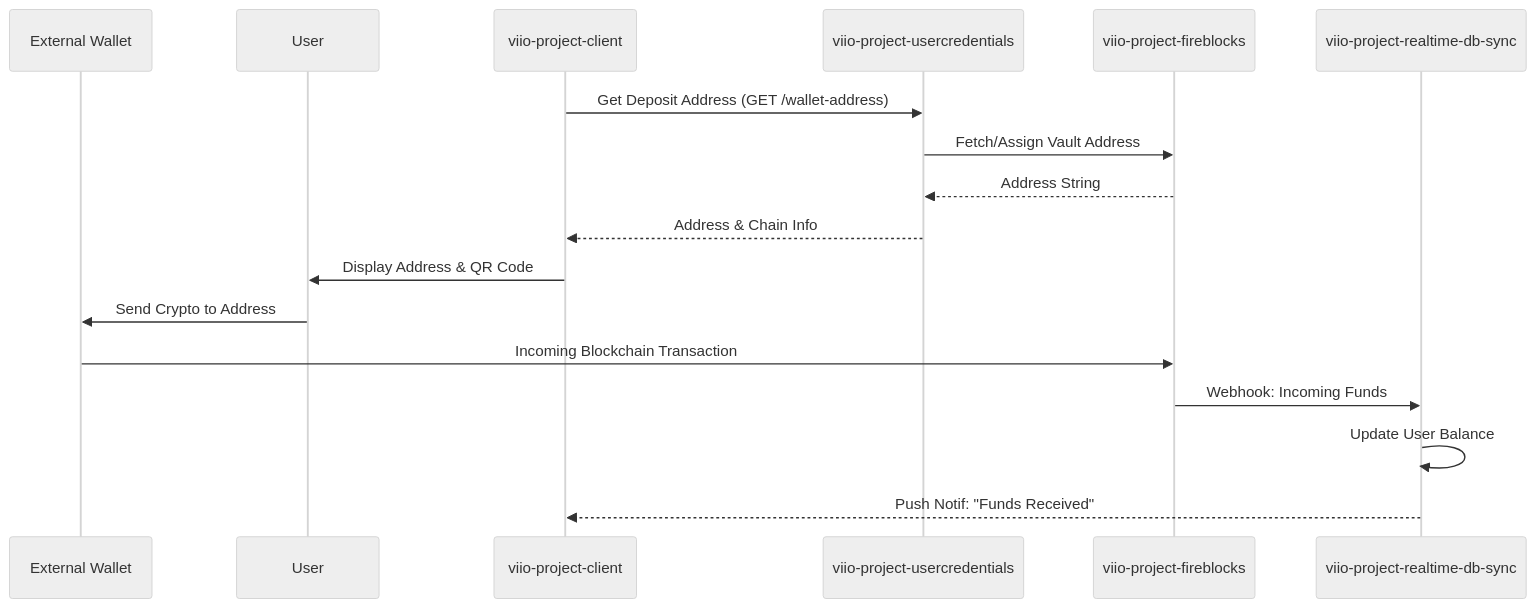
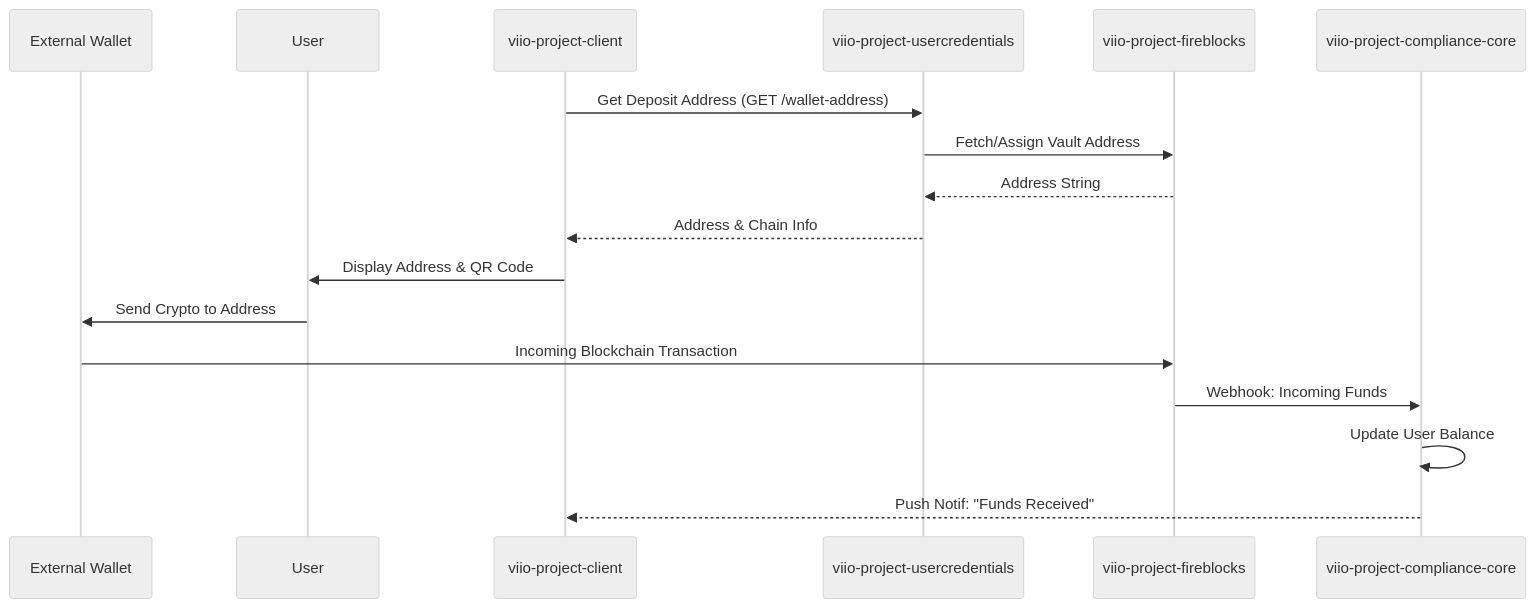
The diagram in receive_crypto/README.md (ITRMachines/viio_poc), drawn with Mermaid (neutral theme) before and after one commit. The commit also changed other lines of this file and 11 other files, not shown here.

````diff
--- a/receive_crypto/README.md
+++ b/receive_crypto/README.md
@@ -23,22 +23,22 @@
 ```mermaid
 sequenceDiagram
     participant ExtWallet as External Wallet
     participant User
     participant Client as viio-project-client
     participant UserSvc as viio-project-usercredentials
     participant Fireblocks as viio-project-fireblocks
-    participant SyncSvc as viio-project-realtime-db-sync
+    participant SyncSvc as viio-project-compliance-core
 
     Client->>UserSvc: Get Deposit Address (GET /wallet-address)
     UserSvc->>Fireblocks: Fetch/Assign Vault Address
     Fireblocks-->>UserSvc: Address String
     UserSvc-->>Client: Address & Chain Info
     
     Client->>User: Display Address & QR Code
     User->>ExtWallet: Send Crypto to Address
     
     ExtWallet->>Fireblocks: Incoming Blockchain Transaction
     Fireblocks->>SyncSvc: Webhook: Incoming Funds
     SyncSvc->>SyncSvc: Update User Balance
     SyncSvc-->>Client: Push Notif: "Funds Received"
 ```
````
